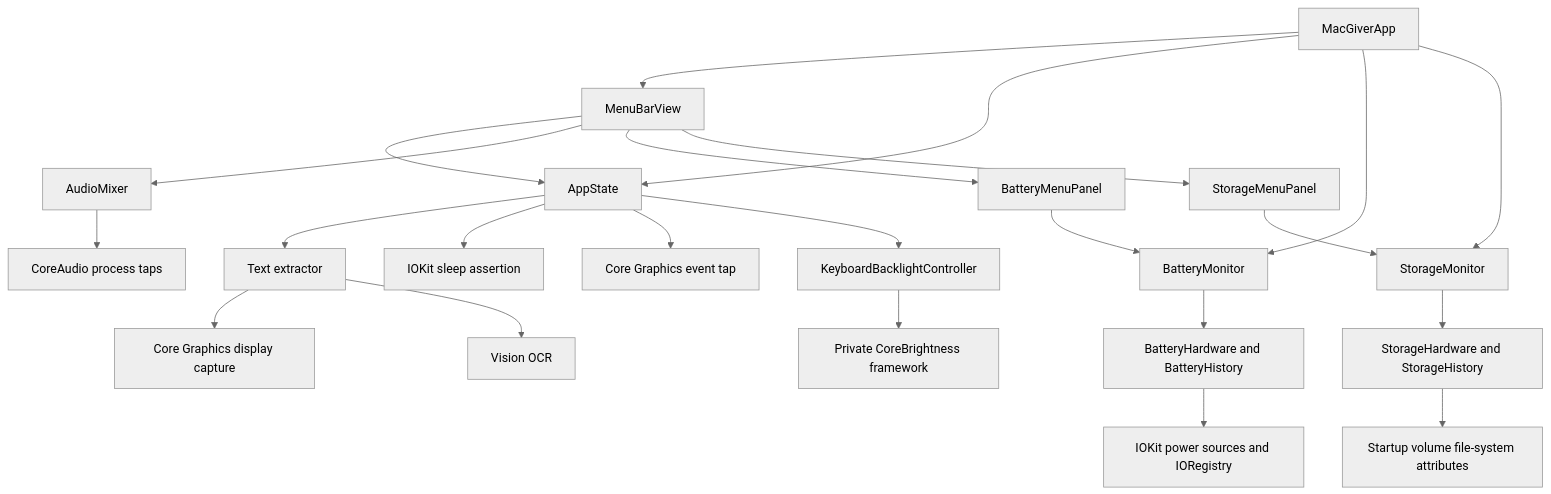
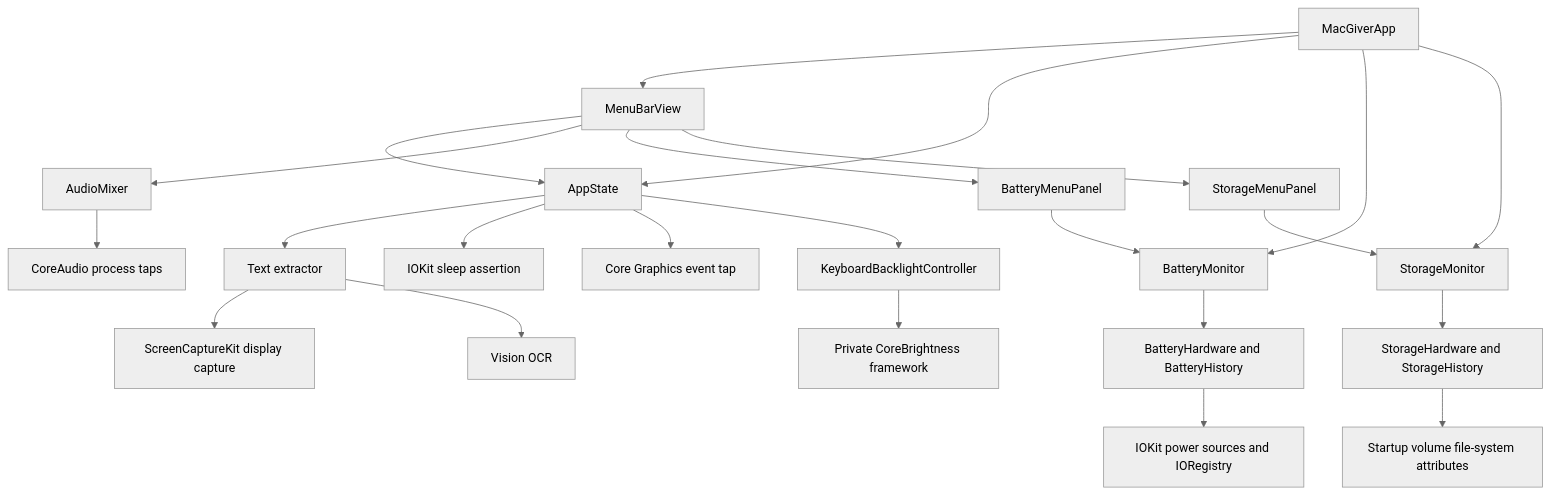
Before and after one commit to gabrielmpinha/macgiver: the diagram in docs/architecture.md, drawn with Mermaid (neutral theme). The commit also changed other lines of this file and 7 other files, not shown here.

First line of the commit message:
fix(text-extractor): capture through ScreenCaptureKit

````diff
--- a/docs/architecture.md
+++ b/docs/architecture.md
@@ -9,25 +9,25 @@
 ```mermaid
 flowchart TD
     App[MacGiverApp] --> UI[MenuBarView]
     App --> State[AppState]
     App --> Monitor[BatteryMonitor]
     App --> StorageMonitor[StorageMonitor]
     UI --> State
     State --> Extractor[Text extractor]
     UI --> AudioMixer
     UI --> Panel[BatteryMenuPanel]
     UI --> StoragePanel[StorageMenuPanel]
     Panel --> Monitor
     StoragePanel --> StorageMonitor
     State --> Sleep[IOKit sleep assertion]
     State --> Lock[Core Graphics event tap]
     State --> Light[KeyboardBacklightController]
     Light --> CB[Private CoreBrightness framework]
     Monitor --> Mac[BatteryHardware and BatteryHistory]
     StorageMonitor --> Storage[StorageHardware and StorageHistory]
     AudioMixer --> CoreAudio[CoreAudio process taps]
     Mac --> IOKit[IOKit power sources and IORegistry]
     Storage --> FileSystem[Startup volume file-system attributes]
-    Extractor --> Capture[Core Graphics display capture]
+    Extractor --> Capture[ScreenCaptureKit display capture]
     Extractor --> Vision[Vision OCR]
 ```
````
